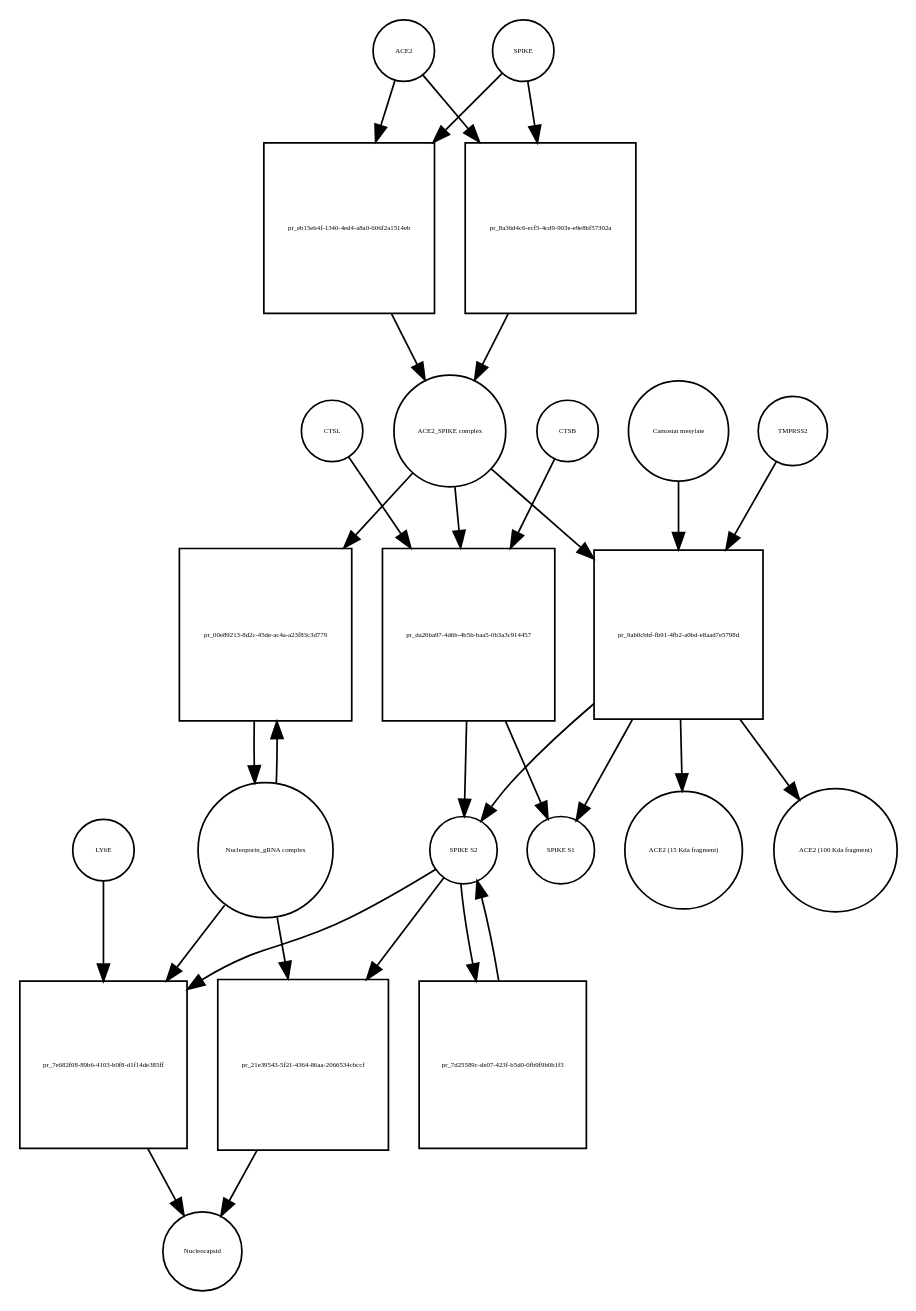
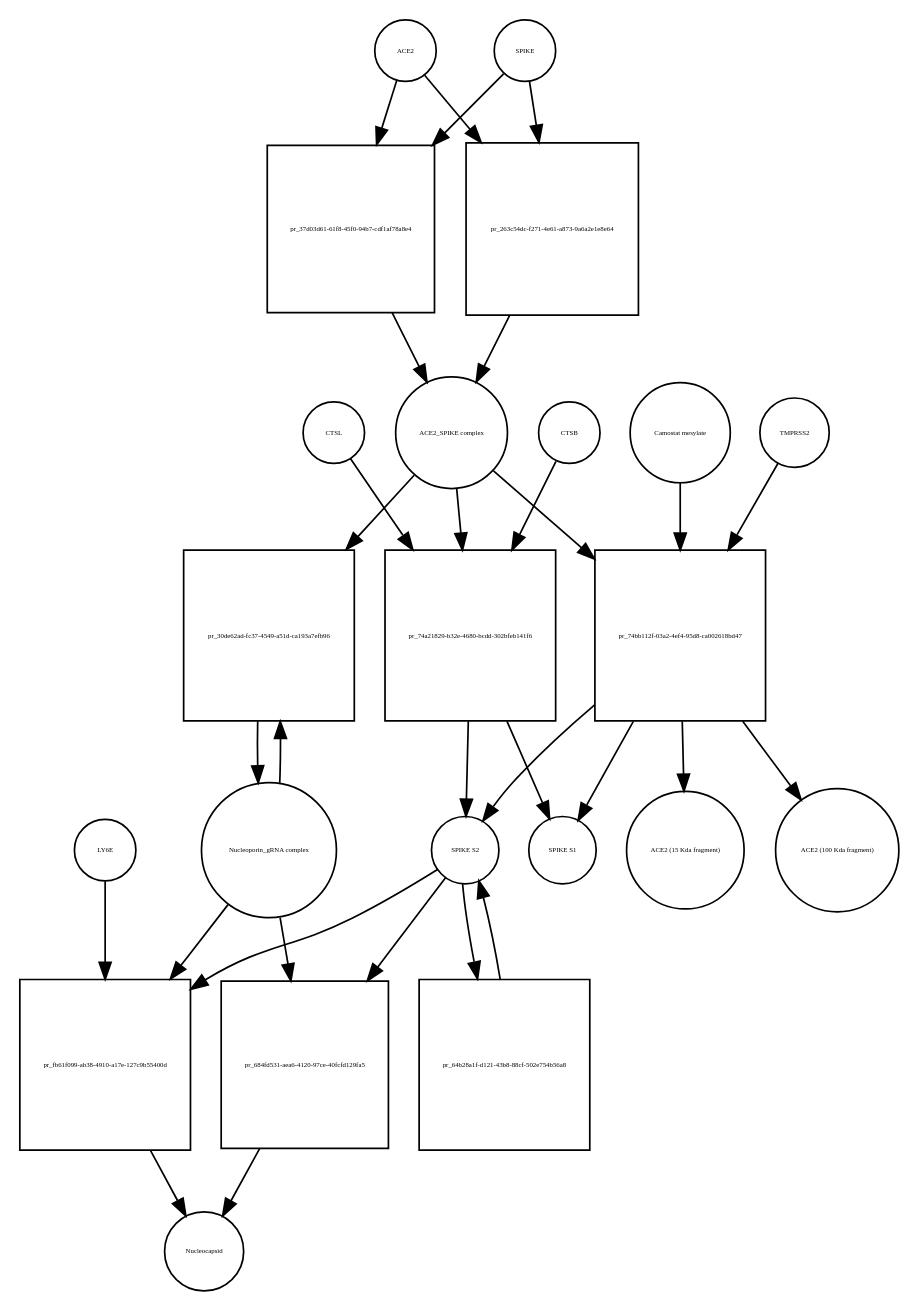
The diagram in Virus_replication_cycle_V02.xml_bipartite.dot (cannin/covid19-sbgn), drawn with Graphviz before and after one commit. The commit also changed 572 other files, not shown here.

```diff
--- a/Virus_replication_cycle_V02.xml_bipartite.dot
+++ b/Virus_replication_cycle_V02.xml_bipartite.dot
@@ -1,54 +1,54 @@
 strict digraph  {
 ACE2 [annotation="", bipartite=0, cls=macromolecule, fontsize=4, label=ACE2, shape=circle];
-"pr_eb15eb4f-1340-4ed4-a8a0-606f2a1514eb" [annotation="", bipartite=1, cls=process, fontsize=4, label="pr_eb15eb4f-1340-4ed4-a8a0-606f2a1514eb", shape=square];
+"pr_37d03d61-61f8-45f0-94b7-cdf1af78a8e4" [annotation="", bipartite=1, cls=process, fontsize=4, label="pr_37d03d61-61f8-45f0-94b7-cdf1af78a8e4", shape=square];
 "ACE2_SPIKE complex" [annotation="", bipartite=0, cls=complex, fontsize=4, label="ACE2_SPIKE complex", shape=circle];
 SPIKE [annotation="", bipartite=0, cls="macromolecule multimer", fontsize=4, label=SPIKE, shape=circle];
 "Nucleoporin_gRNA complex " [annotation="", bipartite=0, cls=complex, fontsize=4, label="Nucleoporin_gRNA complex ", shape=circle];
-"pr_00e89213-8d2c-45de-ac4a-a23f83c3d779" [annotation="", bipartite=1, cls=process, fontsize=4, label="pr_00e89213-8d2c-45de-ac4a-a23f83c3d779", shape=square];
-"pr_da26ba97-4d6b-4b5b-baa5-0b3a3c914457" [annotation="", bipartite=1, cls=process, fontsize=4, label="pr_da26ba97-4d6b-4b5b-baa5-0b3a3c914457", shape=square];
+"pr_30de62ad-fc37-4549-a51d-ca193a7efb96" [annotation="", bipartite=1, cls=process, fontsize=4, label="pr_30de62ad-fc37-4549-a51d-ca193a7efb96", shape=square];
+"pr_74a21829-b32e-4680-bcdd-302bfeb141f6" [annotation="", bipartite=1, cls=process, fontsize=4, label="pr_74a21829-b32e-4680-bcdd-302bfeb141f6", shape=square];
 "SPIKE S2" [annotation="", bipartite=0, cls=macromolecule, fontsize=4, label="SPIKE S2", shape=circle];
 CTSB [annotation="", bipartite=0, cls=macromolecule, fontsize=4, label=CTSB, shape=circle];
 CTSL [annotation="", bipartite=0, cls=macromolecule, fontsize=4, label=CTSL, shape=circle];
 "SPIKE S1" [annotation="", bipartite=0, cls=macromolecule, fontsize=4, label="SPIKE S1", shape=circle];
-"pr_9ab0cbbf-fb91-4fb2-a0bd-e8aad7e5798d" [annotation="", bipartite=1, cls=process, fontsize=4, label="pr_9ab0cbbf-fb91-4fb2-a0bd-e8aad7e5798d", shape=square];
+"pr_74bb112f-03a2-4ef4-95d8-ca002618bd47" [annotation="", bipartite=1, cls=process, fontsize=4, label="pr_74bb112f-03a2-4ef4-95d8-ca002618bd47", shape=square];
 TMPRSS2 [annotation="", bipartite=0, cls=macromolecule, fontsize=4, label=TMPRSS2, shape=circle];
 "Camostat mesylate" [annotation="urn_miriam_pubchem.compound_2536", bipartite=0, cls="simple chemical", fontsize=4, label="Camostat mesylate", shape=circle];
 "ACE2 (15 Kda fragment)" [annotation="", bipartite=0, cls=macromolecule, fontsize=4, label="ACE2 (15 Kda fragment)", shape=circle];
 "ACE2 (100 Kda fragment)" [annotation="", bipartite=0, cls=macromolecule, fontsize=4, label="ACE2 (100 Kda fragment)", shape=circle];
-"pr_8a36d4c6-ecf5-4cd9-903e-e9e8bf57302a" [annotation="", bipartite=1, cls=process, fontsize=4, label="pr_8a36d4c6-ecf5-4cd9-903e-e9e8bf57302a", shape=square];
-"pr_7e682f08-89b6-4103-b0f8-d1f14de385ff" [annotation="", bipartite=1, cls=process, fontsize=4, label="pr_7e682f08-89b6-4103-b0f8-d1f14de385ff", shape=square];
+"pr_263c54dc-f271-4e61-a873-9a6a2e1e8e64" [annotation="", bipartite=1, cls=process, fontsize=4, label="pr_263c54dc-f271-4e61-a873-9a6a2e1e8e64", shape=square];
+"pr_fb61f099-ab38-4910-a17e-127c9b55400d" [annotation="", bipartite=1, cls=process, fontsize=4, label="pr_fb61f099-ab38-4910-a17e-127c9b55400d", shape=square];
 Nucleocapsid [annotation="", bipartite=0, cls=complex, fontsize=4, label=Nucleocapsid, shape=circle];
 LY6E [annotation="", bipartite=0, cls=macromolecule, fontsize=4, label=LY6E, shape=circle];
-"pr_7d25589c-de07-423f-b5d0-0fb9f9b0b1f3" [annotation="", bipartite=1, cls=process, fontsize=4, label="pr_7d25589c-de07-423f-b5d0-0fb9f9b0b1f3", shape=square];
-"pr_21e39543-5f21-4364-86aa-2066534cbccf" [annotation="", bipartite=1, cls=process, fontsize=4, label="pr_21e39543-5f21-4364-86aa-2066534cbccf", shape=square];
-ACE2 -> "pr_eb15eb4f-1340-4ed4-a8a0-606f2a1514eb"  [annotation="", interaction_type=consumption];
-ACE2 -> "pr_8a36d4c6-ecf5-4cd9-903e-e9e8bf57302a"  [annotation="", interaction_type=consumption];
-"pr_eb15eb4f-1340-4ed4-a8a0-606f2a1514eb" -> "ACE2_SPIKE complex"  [annotation="", interaction_type=production];
-"ACE2_SPIKE complex" -> "pr_00e89213-8d2c-45de-ac4a-a23f83c3d779"  [annotation="urn_miriam_pubmed_32142651|urn_miriam_pubmed_32094589", interaction_type=stimulation];
-"ACE2_SPIKE complex" -> "pr_da26ba97-4d6b-4b5b-baa5-0b3a3c914457"  [annotation="", interaction_type=consumption];
-"ACE2_SPIKE complex" -> "pr_9ab0cbbf-fb91-4fb2-a0bd-e8aad7e5798d"  [annotation="", interaction_type=consumption];
-SPIKE -> "pr_eb15eb4f-1340-4ed4-a8a0-606f2a1514eb"  [annotation="", interaction_type=consumption];
-SPIKE -> "pr_8a36d4c6-ecf5-4cd9-903e-e9e8bf57302a"  [annotation="", interaction_type=consumption];
-"Nucleoporin_gRNA complex " -> "pr_00e89213-8d2c-45de-ac4a-a23f83c3d779"  [annotation="", interaction_type=consumption];
-"Nucleoporin_gRNA complex " -> "pr_7e682f08-89b6-4103-b0f8-d1f14de385ff"  [annotation="", interaction_type=consumption];
-"Nucleoporin_gRNA complex " -> "pr_21e39543-5f21-4364-86aa-2066534cbccf"  [annotation="", interaction_type=consumption];
-"pr_00e89213-8d2c-45de-ac4a-a23f83c3d779" -> "Nucleoporin_gRNA complex "  [annotation="", interaction_type=production];
-"pr_da26ba97-4d6b-4b5b-baa5-0b3a3c914457" -> "SPIKE S2"  [annotation="", interaction_type=production];
-"pr_da26ba97-4d6b-4b5b-baa5-0b3a3c914457" -> "SPIKE S1"  [annotation="", interaction_type=production];
-"SPIKE S2" -> "pr_7e682f08-89b6-4103-b0f8-d1f14de385ff"  [annotation="urn_miriam_doi_10.1101%2F2020.03.05.979260|urn_miriam_doi_10.1101%2F2020.04.02.021469", interaction_type=stimulation];
-"SPIKE S2" -> "pr_7d25589c-de07-423f-b5d0-0fb9f9b0b1f3"  [annotation="", interaction_type=consumption];
-"SPIKE S2" -> "pr_21e39543-5f21-4364-86aa-2066534cbccf"  [annotation="", interaction_type=stimulation];
-CTSB -> "pr_da26ba97-4d6b-4b5b-baa5-0b3a3c914457"  [annotation=urn_miriam_pubmed_32142651, interaction_type=catalysis];
-CTSL -> "pr_da26ba97-4d6b-4b5b-baa5-0b3a3c914457"  [annotation=urn_miriam_pubmed_32142651, interaction_type=catalysis];
-"pr_9ab0cbbf-fb91-4fb2-a0bd-e8aad7e5798d" -> "SPIKE S2"  [annotation="", interaction_type=production];
-"pr_9ab0cbbf-fb91-4fb2-a0bd-e8aad7e5798d" -> "SPIKE S1"  [annotation="", interaction_type=production];
-"pr_9ab0cbbf-fb91-4fb2-a0bd-e8aad7e5798d" -> "ACE2 (15 Kda fragment)"  [annotation="", interaction_type=production];
-"pr_9ab0cbbf-fb91-4fb2-a0bd-e8aad7e5798d" -> "ACE2 (100 Kda fragment)"  [annotation="", interaction_type=production];
-TMPRSS2 -> "pr_9ab0cbbf-fb91-4fb2-a0bd-e8aad7e5798d"  [annotation="urn_miriam_pubmed_32142651|urn_miriam_pubmed_32094589|urn_miriam_pubmed_24227843", interaction_type=catalysis];
-"Camostat mesylate" -> "pr_9ab0cbbf-fb91-4fb2-a0bd-e8aad7e5798d"  [annotation="urn_miriam_pubmed_32142651|urn_miriam_pubmed_32094589|urn_miriam_pubmed_24227843", interaction_type=inhibition];
-"pr_8a36d4c6-ecf5-4cd9-903e-e9e8bf57302a" -> "ACE2_SPIKE complex"  [annotation="", interaction_type=production];
-"pr_7e682f08-89b6-4103-b0f8-d1f14de385ff" -> Nucleocapsid  [annotation="", interaction_type=production];
-LY6E -> "pr_7e682f08-89b6-4103-b0f8-d1f14de385ff"  [annotation="urn_miriam_doi_10.1101%2F2020.03.05.979260|urn_miriam_doi_10.1101%2F2020.04.02.021469", interaction_type=inhibition];
-"pr_7d25589c-de07-423f-b5d0-0fb9f9b0b1f3" -> "SPIKE S2"  [annotation="", interaction_type=production];
-"pr_21e39543-5f21-4364-86aa-2066534cbccf" -> Nucleocapsid  [annotation="", interaction_type=production];
+"pr_64b28a1f-d121-43b8-88cf-502e754b56a8" [annotation="", bipartite=1, cls=process, fontsize=4, label="pr_64b28a1f-d121-43b8-88cf-502e754b56a8", shape=square];
+"pr_684fd531-aea6-4120-97ce-40fcfd129fa5" [annotation="", bipartite=1, cls=process, fontsize=4, label="pr_684fd531-aea6-4120-97ce-40fcfd129fa5", shape=square];
+ACE2 -> "pr_37d03d61-61f8-45f0-94b7-cdf1af78a8e4"  [annotation="", interaction_type=consumption];
+ACE2 -> "pr_263c54dc-f271-4e61-a873-9a6a2e1e8e64"  [annotation="", interaction_type=consumption];
+"pr_37d03d61-61f8-45f0-94b7-cdf1af78a8e4" -> "ACE2_SPIKE complex"  [annotation="", interaction_type=production];
+"ACE2_SPIKE complex" -> "pr_30de62ad-fc37-4549-a51d-ca193a7efb96"  [annotation="urn_miriam_pubmed_32142651|urn_miriam_pubmed_32094589", interaction_type=stimulation];
+"ACE2_SPIKE complex" -> "pr_74a21829-b32e-4680-bcdd-302bfeb141f6"  [annotation="", interaction_type=consumption];
+"ACE2_SPIKE complex" -> "pr_74bb112f-03a2-4ef4-95d8-ca002618bd47"  [annotation="", interaction_type=consumption];
+SPIKE -> "pr_37d03d61-61f8-45f0-94b7-cdf1af78a8e4"  [annotation="", interaction_type=consumption];
+SPIKE -> "pr_263c54dc-f271-4e61-a873-9a6a2e1e8e64"  [annotation="", interaction_type=consumption];
+"Nucleoporin_gRNA complex " -> "pr_30de62ad-fc37-4549-a51d-ca193a7efb96"  [annotation="", interaction_type=consumption];
+"Nucleoporin_gRNA complex " -> "pr_fb61f099-ab38-4910-a17e-127c9b55400d"  [annotation="", interaction_type=consumption];
+"Nucleoporin_gRNA complex " -> "pr_684fd531-aea6-4120-97ce-40fcfd129fa5"  [annotation="", interaction_type=consumption];
+"pr_30de62ad-fc37-4549-a51d-ca193a7efb96" -> "Nucleoporin_gRNA complex "  [annotation="", interaction_type=production];
+"pr_74a21829-b32e-4680-bcdd-302bfeb141f6" -> "SPIKE S2"  [annotation="", interaction_type=production];
+"pr_74a21829-b32e-4680-bcdd-302bfeb141f6" -> "SPIKE S1"  [annotation="", interaction_type=production];
+"SPIKE S2" -> "pr_fb61f099-ab38-4910-a17e-127c9b55400d"  [annotation="urn_miriam_doi_10.1101%2F2020.03.05.979260|urn_miriam_doi_10.1101%2F2020.04.02.021469", interaction_type=stimulation];
+"SPIKE S2" -> "pr_64b28a1f-d121-43b8-88cf-502e754b56a8"  [annotation="", interaction_type=consumption];
+"SPIKE S2" -> "pr_684fd531-aea6-4120-97ce-40fcfd129fa5"  [annotation="", interaction_type=stimulation];
+CTSB -> "pr_74a21829-b32e-4680-bcdd-302bfeb141f6"  [annotation=urn_miriam_pubmed_32142651, interaction_type=catalysis];
+CTSL -> "pr_74a21829-b32e-4680-bcdd-302bfeb141f6"  [annotation=urn_miriam_pubmed_32142651, interaction_type=catalysis];
+"pr_74bb112f-03a2-4ef4-95d8-ca002618bd47" -> "SPIKE S2"  [annotation="", interaction_type=production];
+"pr_74bb112f-03a2-4ef4-95d8-ca002618bd47" -> "SPIKE S1"  [annotation="", interaction_type=production];
+"pr_74bb112f-03a2-4ef4-95d8-ca002618bd47" -> "ACE2 (15 Kda fragment)"  [annotation="", interaction_type=production];
+"pr_74bb112f-03a2-4ef4-95d8-ca002618bd47" -> "ACE2 (100 Kda fragment)"  [annotation="", interaction_type=production];
+TMPRSS2 -> "pr_74bb112f-03a2-4ef4-95d8-ca002618bd47"  [annotation="urn_miriam_pubmed_32142651|urn_miriam_pubmed_32094589|urn_miriam_pubmed_24227843", interaction_type=catalysis];
+"Camostat mesylate" -> "pr_74bb112f-03a2-4ef4-95d8-ca002618bd47"  [annotation="urn_miriam_pubmed_32142651|urn_miriam_pubmed_32094589|urn_miriam_pubmed_24227843", interaction_type=inhibition];
+"pr_263c54dc-f271-4e61-a873-9a6a2e1e8e64" -> "ACE2_SPIKE complex"  [annotation="", interaction_type=production];
+"pr_fb61f099-ab38-4910-a17e-127c9b55400d" -> Nucleocapsid  [annotation="", interaction_type=production];
+LY6E -> "pr_fb61f099-ab38-4910-a17e-127c9b55400d"  [annotation="urn_miriam_doi_10.1101%2F2020.03.05.979260|urn_miriam_doi_10.1101%2F2020.04.02.021469", interaction_type=inhibition];
+"pr_64b28a1f-d121-43b8-88cf-502e754b56a8" -> "SPIKE S2"  [annotation="", interaction_type=production];
+"pr_684fd531-aea6-4120-97ce-40fcfd129fa5" -> Nucleocapsid  [annotation="", interaction_type=production];
 }
```
